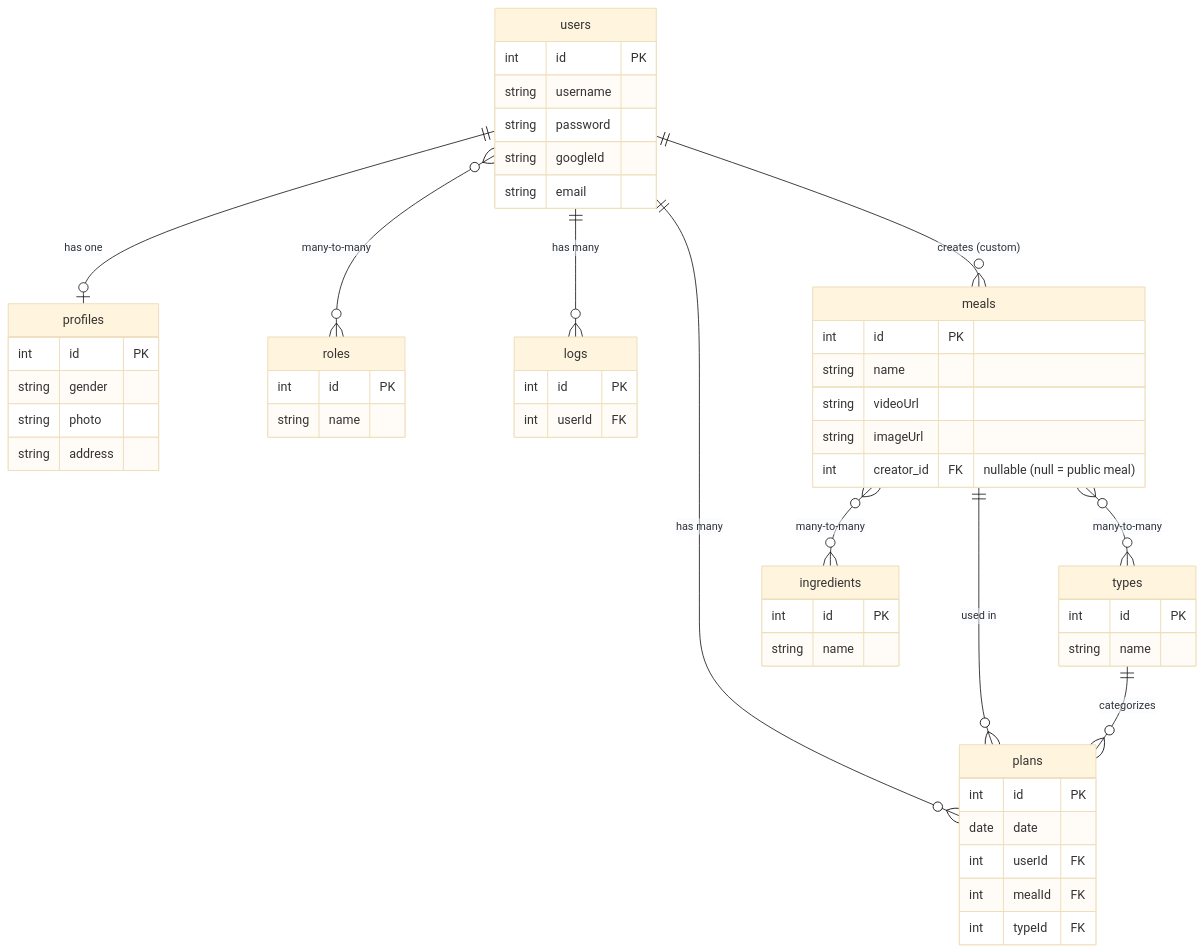
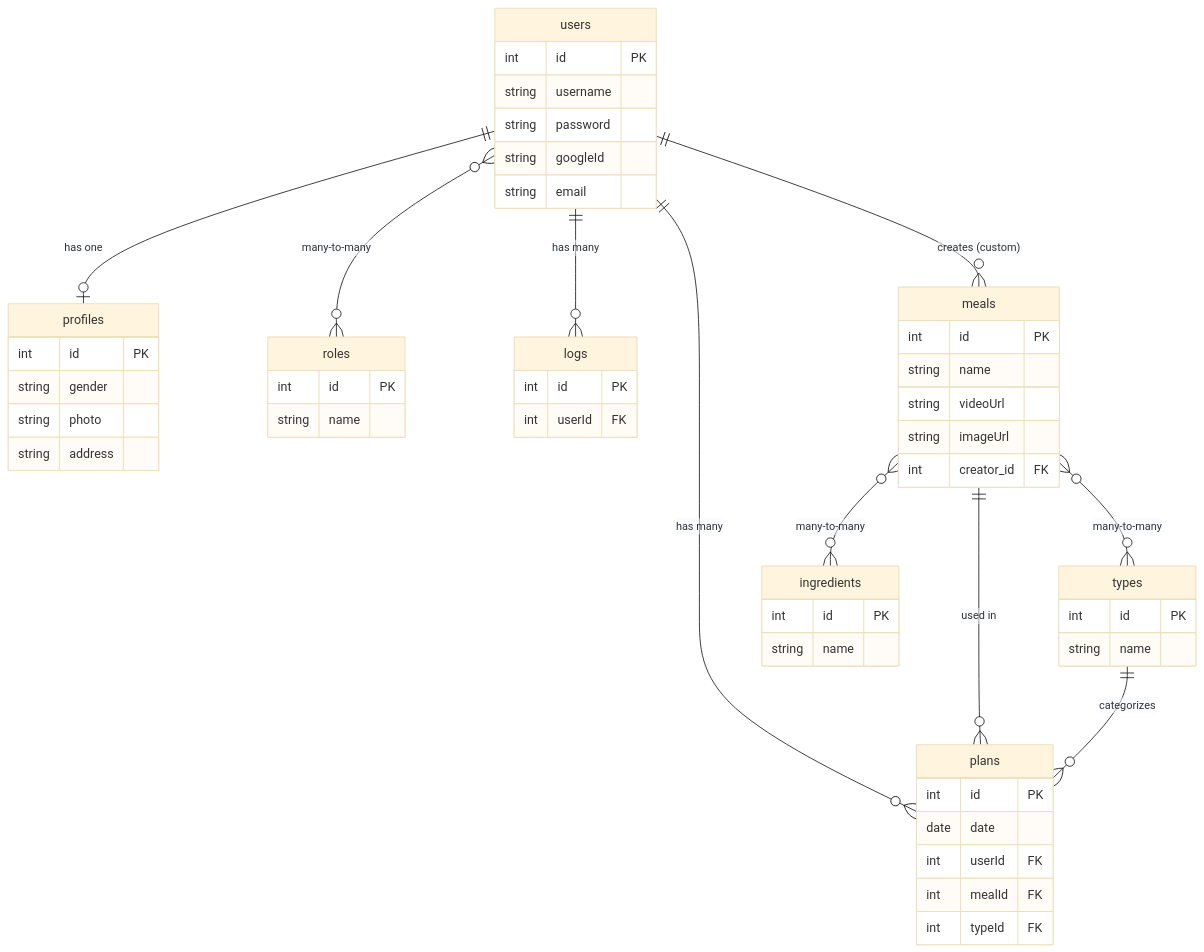
Before and after one commit to 986913/WHATTOEAT: the fifth of 7 diagrams in readme.md, drawn with Mermaid (base theme). The commit also changed other lines of this file, not shown here.

````diff
--- a/readme.md
+++ b/readme.md
@@ -114,63 +258,56 @@
 ```mermaid
 erDiagram
     users ||--o| profiles : "has one"
     users }o--o{ roles : "many-to-many"
     users ||--o{ plans : "has many"
     users ||--o{ logs : "has many"
     users ||--o{ meals : "creates (custom)"
     meals ||--o{ plans : "used in"
     meals }o--o{ types : "many-to-many"
     meals }o--o{ ingredients : "many-to-many"
     types ||--o{ plans : "categorizes"
 
     users {
         int id PK
         string username
         string password
         string googleId
         string email
     }
-
     profiles {
         int id PK
         string gender
         string photo
         string address
     }
-
     roles {
         int id PK
         string name
     }
-
     plans {
         int id PK
         date date
         int userId FK
         int mealId FK
         int typeId FK
     }
-
     meals {
         int id PK
         string name
         string videoUrl
         string imageUrl
-        int creator_id FK "nullable (null = public meal)"
+        int creator_id FK
     }
-
     types {
         int id PK
         string name
     }
-
     ingredients {
         int id PK
         string name
     }
-
     logs {
         int id PK
         int userId FK
     }
 ```
````
